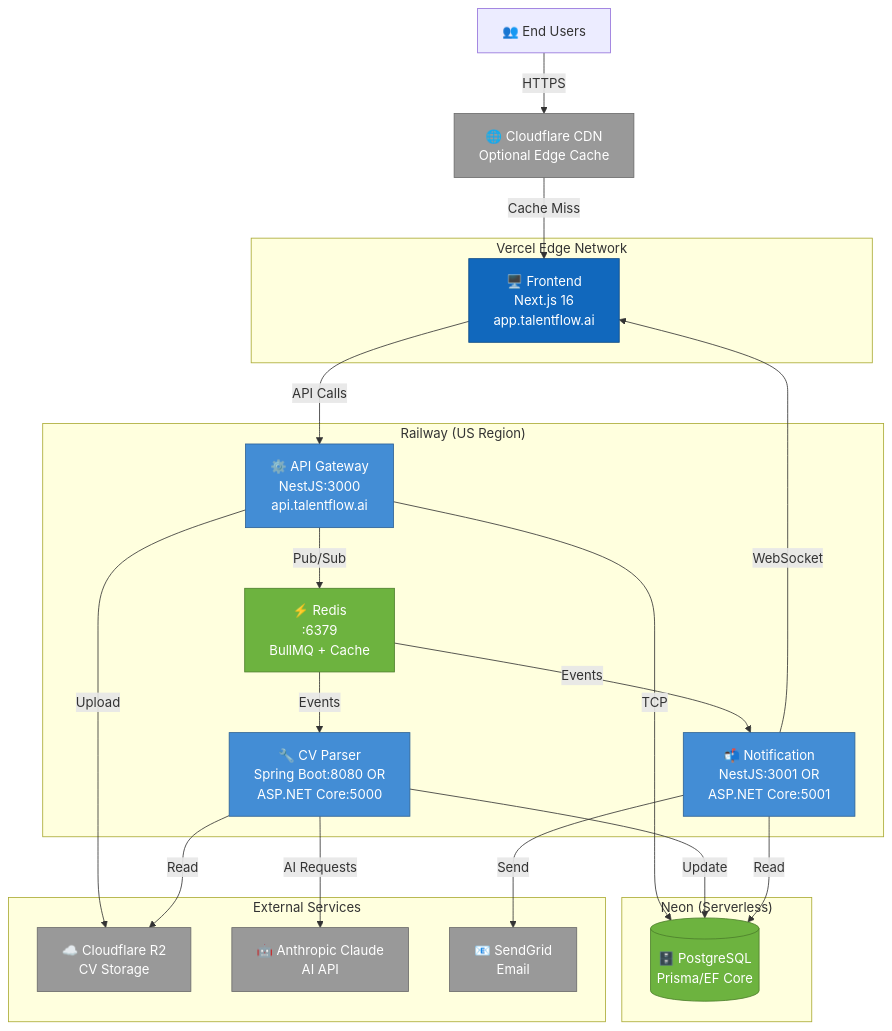
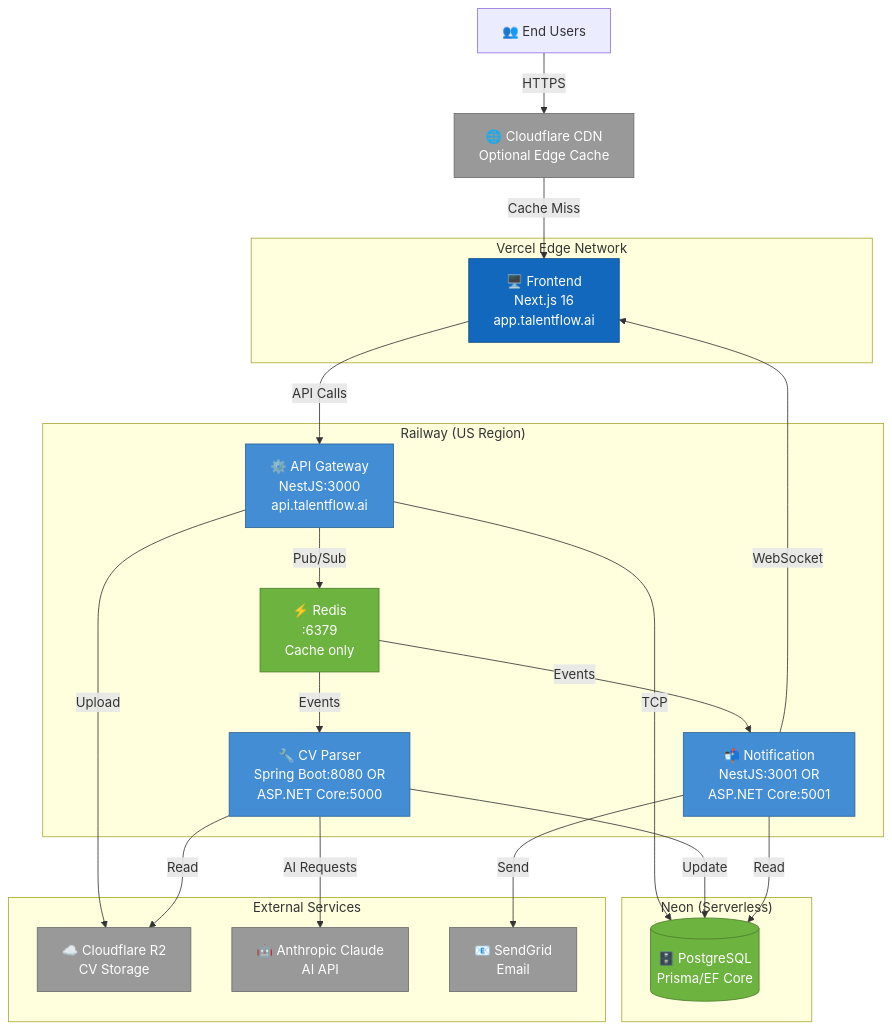
Before and after one commit to vuongng2212/TalentFlow-AI-Backend: the diagram in docs/DEPLOYMENT.md, drawn with Mermaid. The commit also changed other lines of this file and 79 other files, not shown here.

````diff
--- a/docs/DEPLOYMENT.md
+++ b/docs/DEPLOYMENT.md
@@ -48,64 +48,64 @@
 ```mermaid
 graph TB
     %% Users
     Users[👥 End Users]
 
     %% CDN
     CDN[🌐 Cloudflare CDN<br/>Optional Edge Cache]
 
     %% Frontend
     subgraph "Vercel Edge Network"
         Frontend[🖥️ Frontend<br/>Next.js 16<br/>app.talentflow.ai]
     end
 
     %% Backend Services
     subgraph "Railway (US Region)"
         API[⚙️ API Gateway<br/>NestJS:3000<br/>api.talentflow.ai]
         Parser[🔧 CV Parser<br/>Spring Boot:8080 OR<br/>ASP.NET Core:5000]
         Notif[📬 Notification<br/>NestJS:3001 OR<br/>ASP.NET Core:5001]
-        Redis[⚡ Redis<br/>:6379<br/>BullMQ + Cache]
+        Redis[⚡ Redis<br/>:6379<br/>Cache only]
     end
 
     %% Database
     subgraph "Neon (Serverless)"
         DB[(🗄️ PostgreSQL<br/>Prisma/EF Core)]
     end
 
     %% External Services
     subgraph "External Services"
         R2[☁️ Cloudflare R2<br/>CV Storage]
         Claude[🤖 Anthropic Claude<br/>AI API]
         SendGrid[📧 SendGrid<br/>Email]
     end
 
     %% Connections
     Users -->|HTTPS| CDN
     CDN -->|Cache Miss| Frontend
     Frontend -->|API Calls| API
 
     API -->|TCP| DB
     API -->|Pub/Sub| Redis
     API -->|Upload| R2
 
     Redis -->|Events| Parser
     Redis -->|Events| Notif
 
     Parser -->|Read| R2
     Parser -->|AI Requests| Claude
     Parser -->|Update| DB
 
     Notif -->|Send| SendGrid
     Notif -->|Read| DB
     Notif -->|WebSocket| Frontend
 
     %% Styling
     classDef frontend fill:#1168BD,stroke:#0B4884,color:#fff
     classDef service fill:#438DD5,stroke:#2E6295,color:#fff
     classDef storage fill:#6DB33F,stroke:#4D7F2C,color:#fff
     classDef external fill:#999999,stroke:#6B6B6B,color:#fff
 
     class Frontend frontend
     class API,Parser,Notif service
     class DB,Redis storage
     class R2,Claude,SendGrid,CDN external
 ```
````
